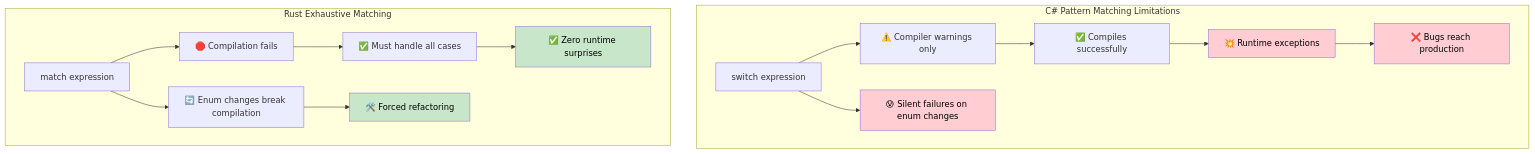
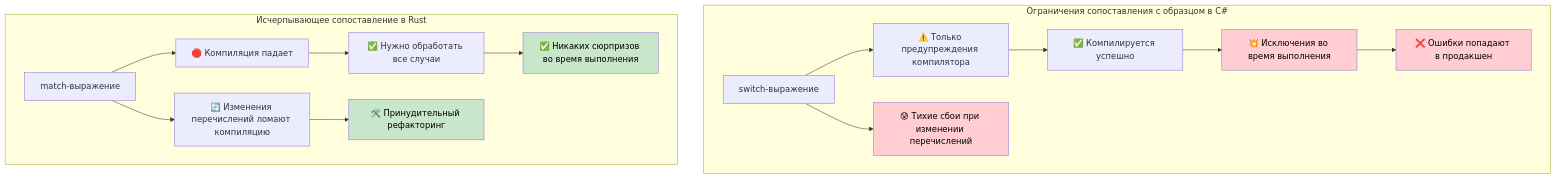
The first of 2 diagrams in csharp-book/src/ch06-1-exhaustive-matching-and-null-safety.md (r007/RustTraining-Rus), drawn with Mermaid before and after one commit. The commit also changed other lines of this file and 11 other files, not shown here.

````diff
--- a/csharp-book/src/ch06-1-exhaustive-matching-and-null-safety.md
+++ b/csharp-book/src/ch06-1-exhaustive-matching-and-null-safety.md
@@ -92,38 +92,38 @@
 ```mermaid
 graph TD
-    subgraph "C# Pattern Matching Limitations"
-        CS_SWITCH["switch expression"]
-        CS_WARNING["⚠️ Compiler warnings only"]
-        CS_COMPILE["✅ Compiles successfully"]
-        CS_RUNTIME["💥 Runtime exceptions"]
-        CS_DEPLOY["❌ Bugs reach production"]
-        CS_SILENT["😰 Silent failures on enum changes"]
+    subgraph "Ограничения сопоставления с образцом в C#"
+        CS_SWITCH["switch-выражение"]
+        CS_WARNING["⚠️ Только предупреждения компилятора"]
+        CS_COMPILE["✅ Компилируется успешно"]
+        CS_RUNTIME["💥 Исключения во время выполнения"]
+        CS_DEPLOY["❌ Ошибки попадают в продакшен"]
+        CS_SILENT["😰 Тихие сбои при изменении перечислений"]
         
         CS_SWITCH --> CS_WARNING
         CS_WARNING --> CS_COMPILE
         CS_COMPILE --> CS_RUNTIME
         CS_RUNTIME --> CS_DEPLOY
         CS_SWITCH --> CS_SILENT
     end
     
-    subgraph "Rust Exhaustive Matching"
-        RUST_MATCH["match expression"]
-        RUST_ERROR["🛑 Compilation fails"]
-        RUST_FIX["✅ Must handle all cases"]
-        RUST_SAFE["✅ Zero runtime surprises"]
-        RUST_EVOLUTION["🔄 Enum changes break compilation"]
-        RUST_REFACTOR["🛠️ Forced refactoring"]
+    subgraph "Исчерпывающее сопоставление в Rust"
+        RUST_MATCH["match-выражение"]
+        RUST_ERROR["🛑 Компиляция падает"]
+        RUST_FIX["✅ Нужно обработать все случаи"]
+        RUST_SAFE["✅ Никаких сюрпризов во время выполнения"]
+        RUST_EVOLUTION["🔄 Изменения перечислений ломают компиляцию"]
+        RUST_REFACTOR["🛠️ Принудительный рефакторинг"]
         
         RUST_MATCH --> RUST_ERROR
         RUST_ERROR --> RUST_FIX
         RUST_FIX --> RUST_SAFE
         RUST_MATCH --> RUST_EVOLUTION
         RUST_EVOLUTION --> RUST_REFACTOR
     end
     
     style CS_RUNTIME fill:#ffcdd2,color:#000
     style CS_DEPLOY fill:#ffcdd2,color:#000
     style CS_SILENT fill:#ffcdd2,color:#000
     style RUST_SAFE fill:#c8e6c9,color:#000
     style RUST_REFACTOR fill:#c8e6c9,color:#000
 ```
````
